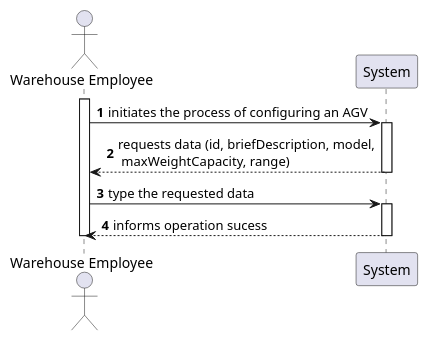
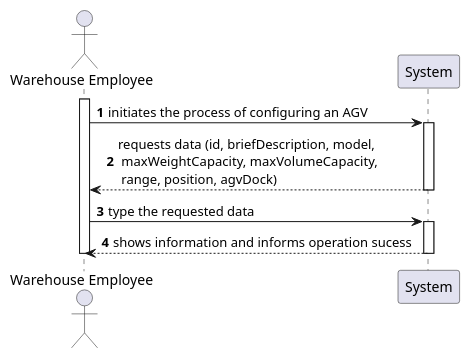
One commit to 0franciscor/lei21_22_s4_2de_01 changed the diagram in docs/1201382/US2002/US2002_SSD.puml. Above: the diagram before and after it, drawn with PlantUML. The commit also changed 14 other files, not shown here.

```diff
--- a/docs/1201382/US2002/US2002_SSD.puml
+++ b/docs/1201382/US2002/US2002_SSD.puml
@@ -1,20 +1,20 @@
 @startuml
 autonumber
 actor "Warehouse Employee" as WE
 participant "System" as SYS
 
 activate WE
 WE -> SYS : initiates the process of configuring an AGV
 activate SYS
-SYS --> WE : requests data (id, briefDescription, model,\n maxWeightCapacity, range)
+SYS --> WE : requests data (id, briefDescription, model,\n maxWeightCapacity, maxVolumeCapacity,\n range, position, agvDock)
 deactivate SYS
 
 WE -> SYS : type the requested data
 activate SYS
 
-SYS --> WE : informs operation sucess
+SYS --> WE : shows information and informs operation sucess
 deactivate SYS
 
 deactivate WE
 
 @enduml
```
